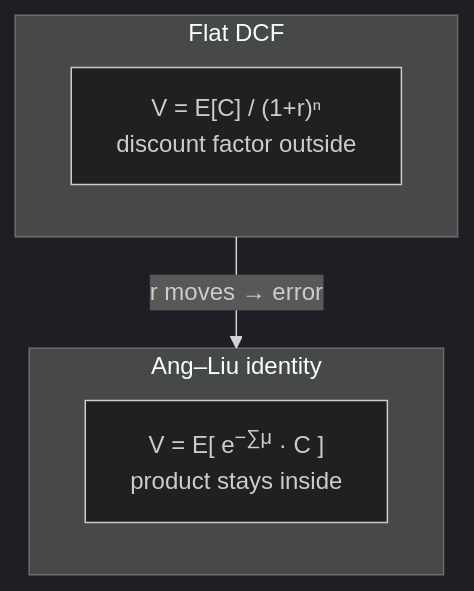
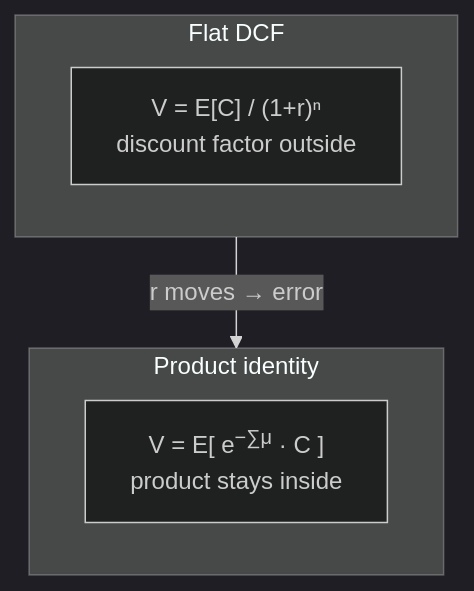
One commit to tlorans/varvaluation changed the second of 3 diagrams in docs/guide/problem.md. Above: the diagram before and after it, drawn with Mermaid (dark theme). The commit also changed other lines of this file, not shown here.

Commit message:
docs: de-brand Ang–Liu on problem and curve pages

````diff
--- a/docs/guide/problem.md
+++ b/docs/guide/problem.md
@@ -52,10 +52,10 @@
 ```mermaid
 flowchart TB
   subgraph flat ["Flat DCF"]
     F["V = E[C] / (1+r)ⁿ<br/>discount factor outside"]
   end
-  subgraph ang ["Ang–Liu identity"]
+  subgraph prod ["Product identity"]
     A["V = E[ e<sup>−∑μ</sup> · C ]<br/>product stays inside"]
   end
-  flat -->|"r moves → error"| ang
+  flat -->|"r moves → error"| prod
 ```
````
